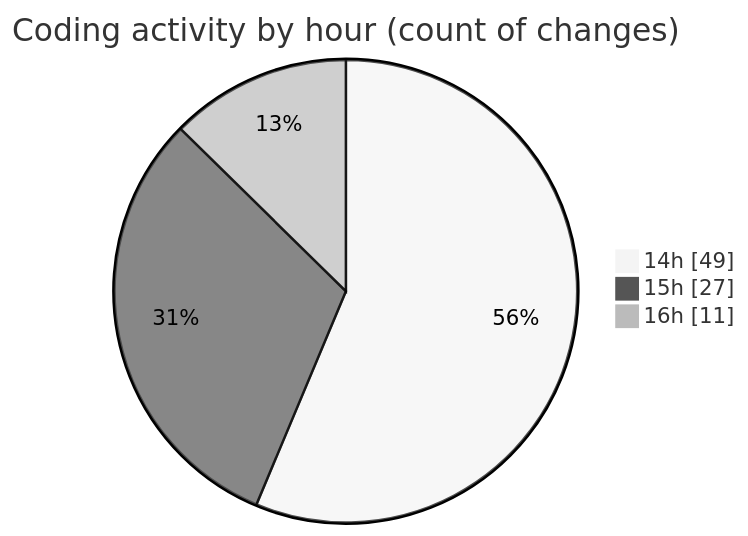
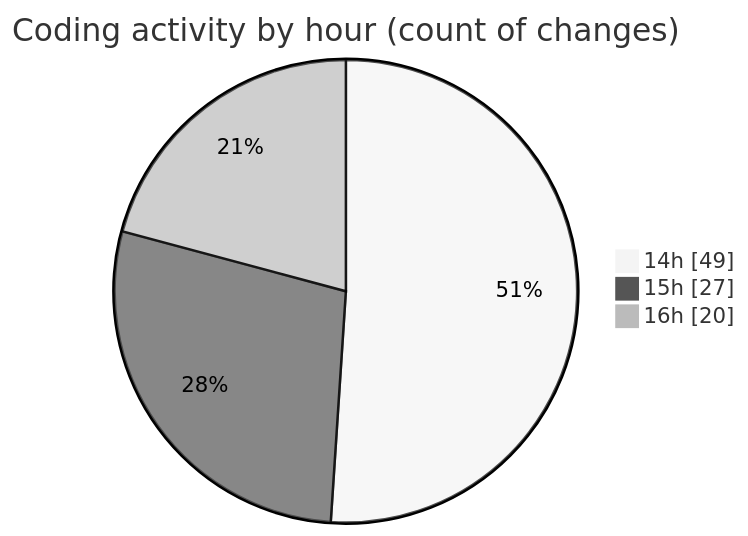
Before and after one commit to robertbonfada/code-tracking: the second of 2 diagrams in 2025-02-27/audiobooks-web/README.md, drawn with Mermaid (neutral theme). The commit also changed other lines of this file and 1 other file, not shown here.

````diff
--- a/2025-02-27/audiobooks-web/README.md
+++ b/2025-02-27/audiobooks-web/README.md
@@ -49,7 +57,7 @@
 ```mermaid
 pie showData
 title Coding activity by hour (count of changes)
 "14h" : 49
 "15h" : 27
-"16h" : 11
+"16h" : 20
 ```
````
